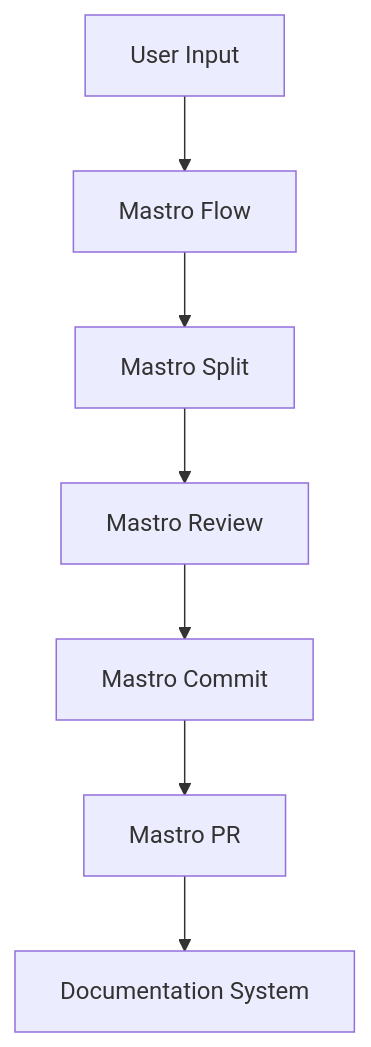
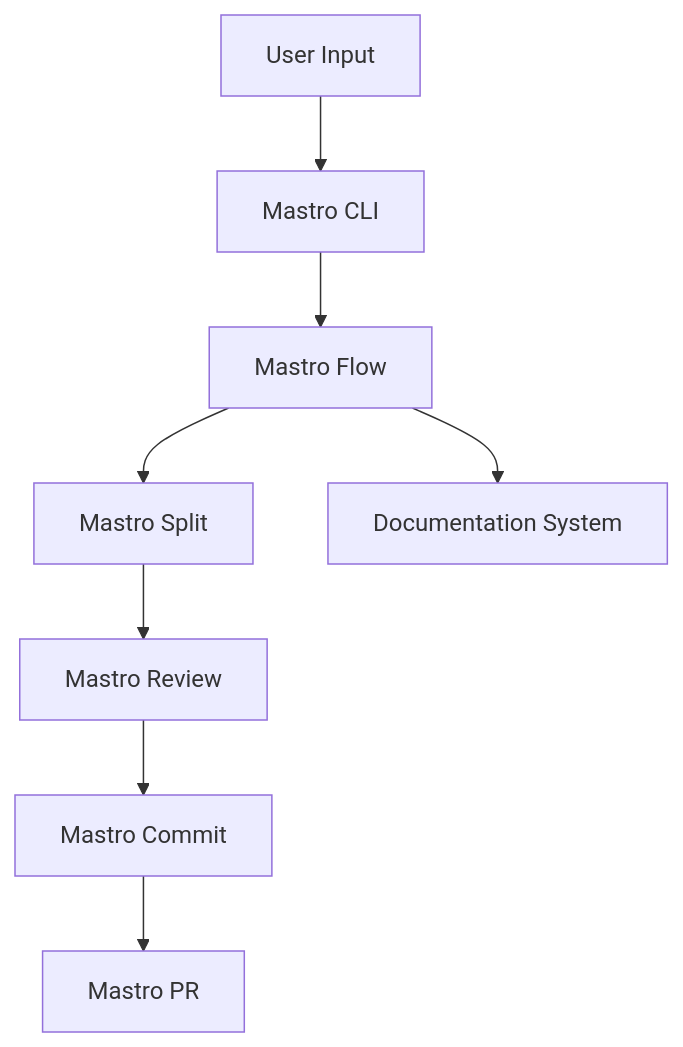
Before and after one commit to geogoesbeepboop/refiner: the first of 3 diagrams in docs/architecture.md, drawn with Mermaid. The commit also changed other lines of this file and 9 other files, not shown here.

````diff
--- a/docs/architecture.md
+++ b/docs/architecture.md
@@ -130,9 +38,10 @@
 ```mermaid
-graph TD;
-    A[User Input] --> B[Mastro Flow];
-    B --> C[Mastro Split];
-    C --> D[Mastro Review];
-    D --> E[Mastro Commit];
-    E --> F[Mastro PR];
-    F --> G[Documentation System];
+flowchart TD
+    A[User Input] --> B[Mastro CLI]
+    B --> C[Mastro Flow]
+    C --> D[Mastro Split]
+    D --> E[Mastro Review]
+    E --> F[Mastro Commit]
+    F --> G[Mastro PR]
+    C --> H[Documentation System]
 ```
````
